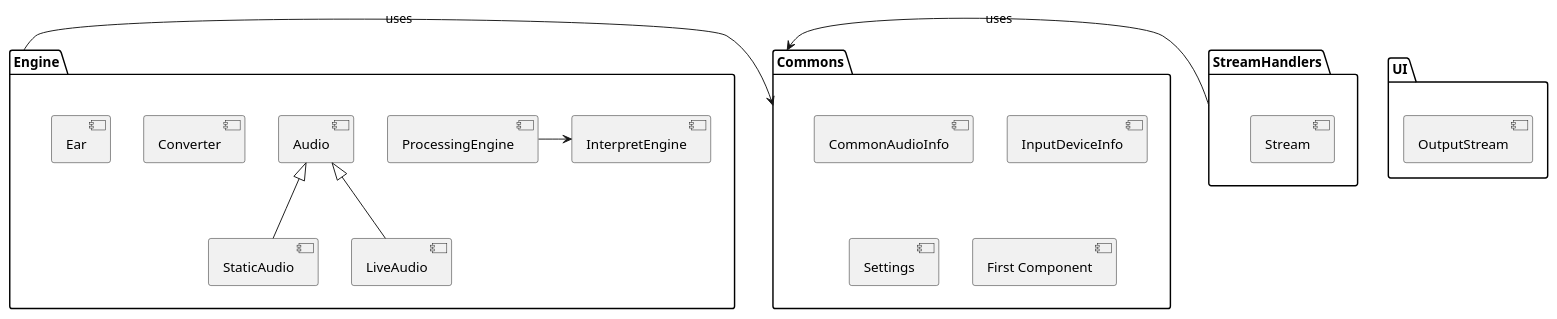
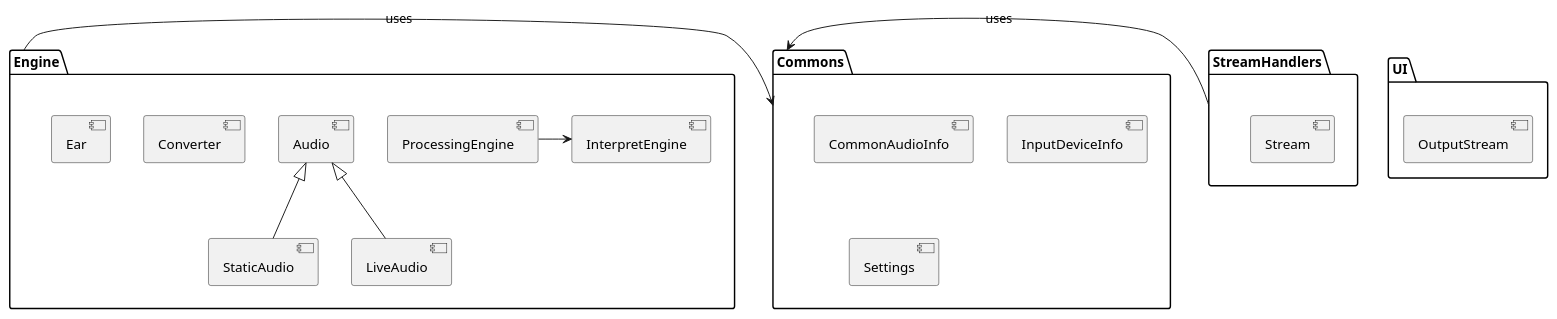
One commit to maciejj04/Apollo changed the diagram in docs/ApplicationModulesAndDependencies.puml. Above: the diagram before and after it, drawn with PlantUML. The commit also changed 6 other files, not shown here.

```diff
--- a/docs/ApplicationModulesAndDependencies.puml
+++ b/docs/ApplicationModulesAndDependencies.puml
@@ -1,30 +1,29 @@
 @startuml
 
 package "Commons" {
 [CommonAudioInfo]
 [InputDeviceInfo]
 [Settings]
-[First Component]
 }
 
 package "Engine" {
 [Audio]<|--[StaticAudio]
 [Audio]<|--[LiveAudio]
 [ProcessingEngine]->[InterpretEngine]
 [Converter]
 [Ear]
 }
-
+Engine -> Commons : uses
 
 package "StreamHandlers" {
     [Stream]
 }
-
+StreamHandlers -> Commons : uses
 package "UI" {
     [Stream]
     [OutputStream]
 }
 
-Engine -> Commons : uses
-StreamHandlers -> Commons : uses
+
+
 @enduml
```
